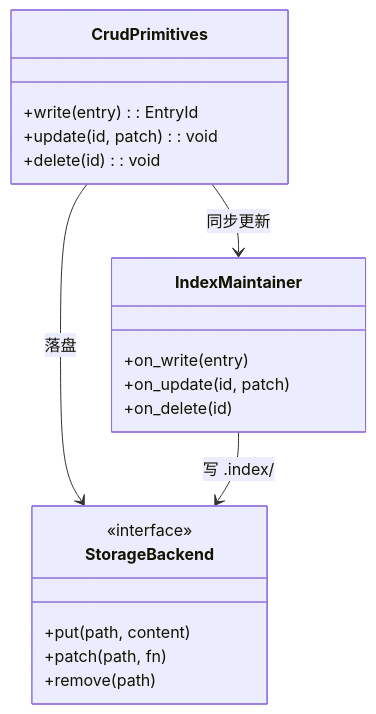
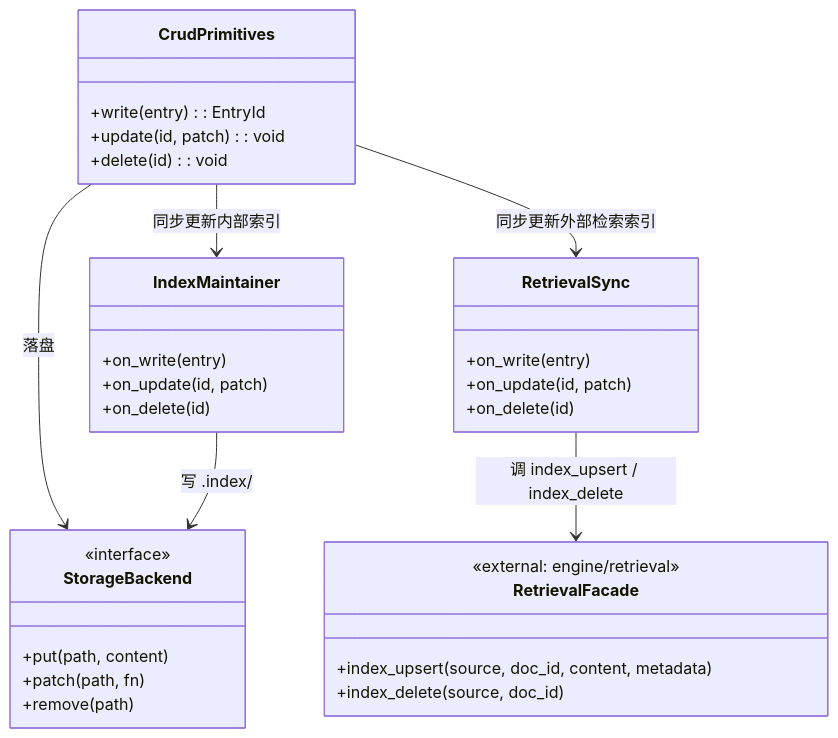
One commit to nan023062/agent-team-cc changed the diagram in v1/kernel/memory/crud/.dna/module.md. Above: the diagram before and after it, drawn with Mermaid. The commit also changed other lines of this file and 154 other files, not shown here.

````diff
--- a/v1/kernel/memory/crud/.dna/module.md
+++ b/v1/kernel/memory/crud/.dna/module.md
@@ -16,22 +21,34 @@
 ```mermaid
 classDiagram
     class CrudPrimitives {
         +write(entry) : EntryId
         +update(id, patch) : void
         +delete(id) : void
     }
     class IndexMaintainer {
         +on_write(entry)
         +on_update(id, patch)
         +on_delete(id)
     }
+    class RetrievalSync {
+        +on_write(entry)
+        +on_update(id, patch)
+        +on_delete(id)
+    }
     class StorageBackend {
         <<interface>>
         +put(path, content)
         +patch(path, fn)
         +remove(path)
     }
-    CrudPrimitives --> IndexMaintainer : 同步更新
+    class RetrievalFacade {
+        <<external: engine/retrieval>>
+        +index_upsert(source, doc_id, content, metadata)
+        +index_delete(source, doc_id)
+    }
+    CrudPrimitives --> IndexMaintainer : 同步更新内部索引
+    CrudPrimitives --> RetrievalSync : 同步更新外部检索索引
     CrudPrimitives --> StorageBackend : 落盘
     IndexMaintainer --> StorageBackend : 写 .index/
+    RetrievalSync --> RetrievalFacade : 调 index_upsert / index_delete
 ```
````
